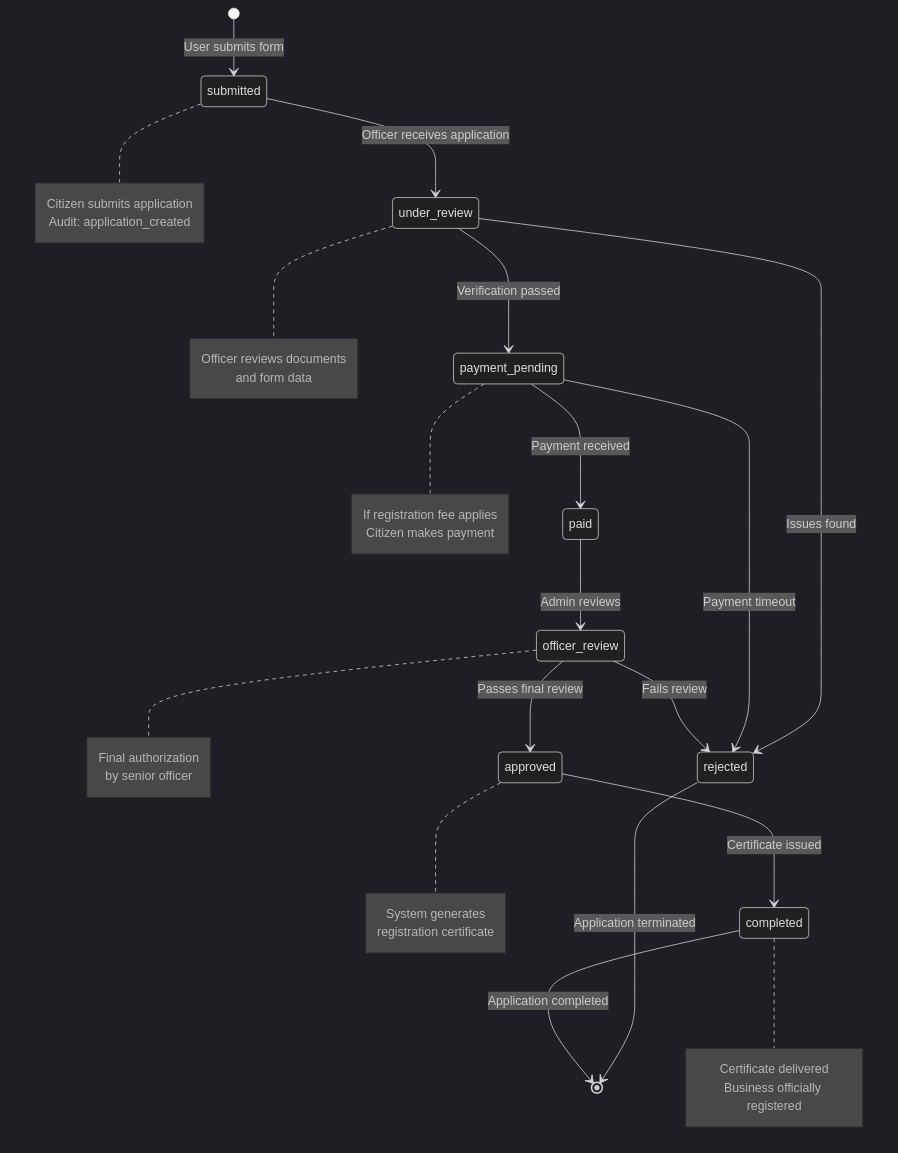
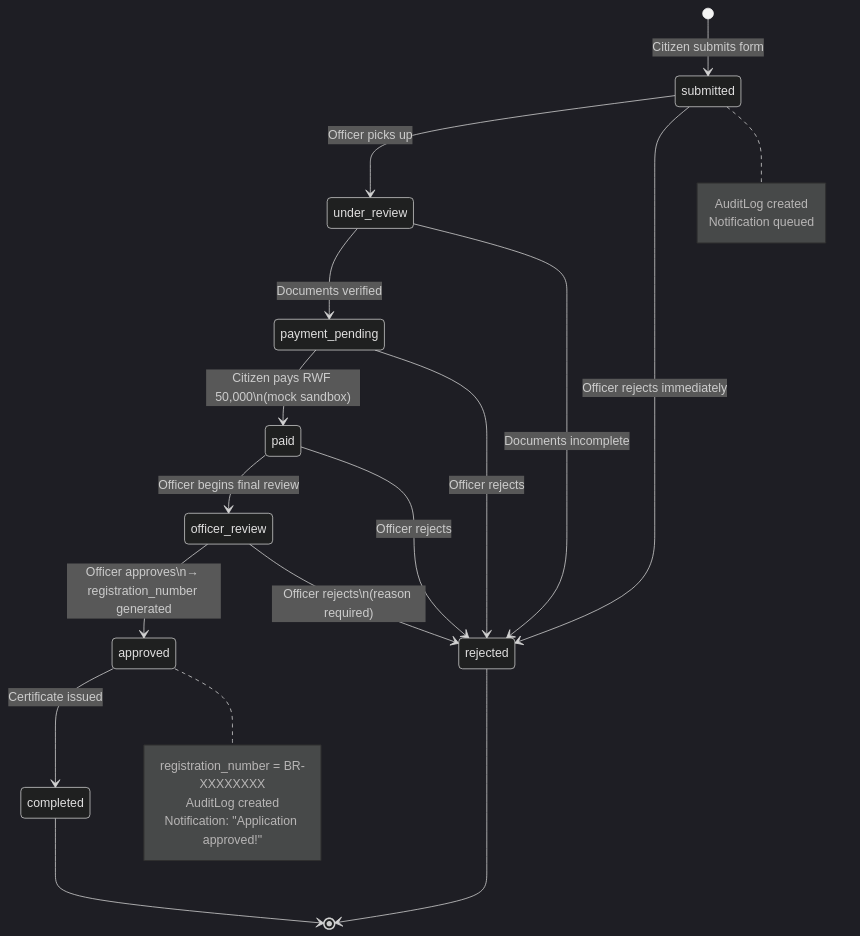
One commit to Archie-ctr/Internship-project changed the sixth of 9 diagrams in docs/ARCHITECTURE-DIAGRAMS.md. Above: the diagram before and after it, drawn with Mermaid (dark theme). The commit also changed other lines of this file, not shown here.

First line of the commit message:
docs: add system architecture and data flow diagrams

````diff
--- a/docs/ARCHITECTURE-DIAGRAMS.md
+++ b/docs/ARCHITECTURE-DIAGRAMS.md
@@ -336,52 +341,35 @@
 ```mermaid
 stateDiagram-v2
-    [*] --> submitted: User submits form
-    
-    submitted --> under_review: Officer receives application
-    
-    under_review --> payment_pending: Verification passed
-    under_review --> rejected: Issues found
-    
-    payment_pending --> paid: Payment received
-    payment_pending --> rejected: Payment timeout
-    
-    paid --> officer_review: Admin reviews
-    
-    officer_review --> approved: Passes final review
-    officer_review --> rejected: Fails review
-    
-    approved --> completed: Certificate issued
-    
-    rejected --> [*]: Application terminated
-    completed --> [*]: Application completed
-    
+    [*] --> submitted : Citizen submits form
+
+    submitted --> under_review   : Officer picks up
+    submitted --> rejected       : Officer rejects immediately
+
+    under_review --> payment_pending : Documents verified
+    under_review --> rejected        : Documents incomplete
+
+    payment_pending --> paid     : Citizen pays RWF 50,000\n(mock sandbox)
+    payment_pending --> rejected : Officer rejects
+
+    paid --> officer_review      : Officer begins final review
+    paid --> rejected            : Officer rejects
+
+    officer_review --> approved  : Officer approves\n→ registration_number generated
+    officer_review --> rejected  : Officer rejects\n(reason required)
+
+    approved --> completed       : Certificate issued
+
+    rejected --> [*]
+    completed --> [*]
+
     note right of submitted
-        Citizen submits application
-        Audit: application_created
+        AuditLog created
+        Notification queued
     end note
-    
-    note right of under_review
-        Officer reviews documents
-        and form data
-    end note
-    
-    note right of payment_pending
-        If registration fee applies
-        Citizen makes payment
-    end note
-    
-    note right of officer_review
-        Final authorization
-        by senior officer
-    end note
-    
+
     note right of approved
-        System generates
-        registration certificate
-    end note
-    
-    note right of completed
-        Certificate delivered
-        Business officially registered
+        registration_number = BR-XXXXXXXX
+        AuditLog created
+        Notification: "Application approved!"
     end note
 ```
````
